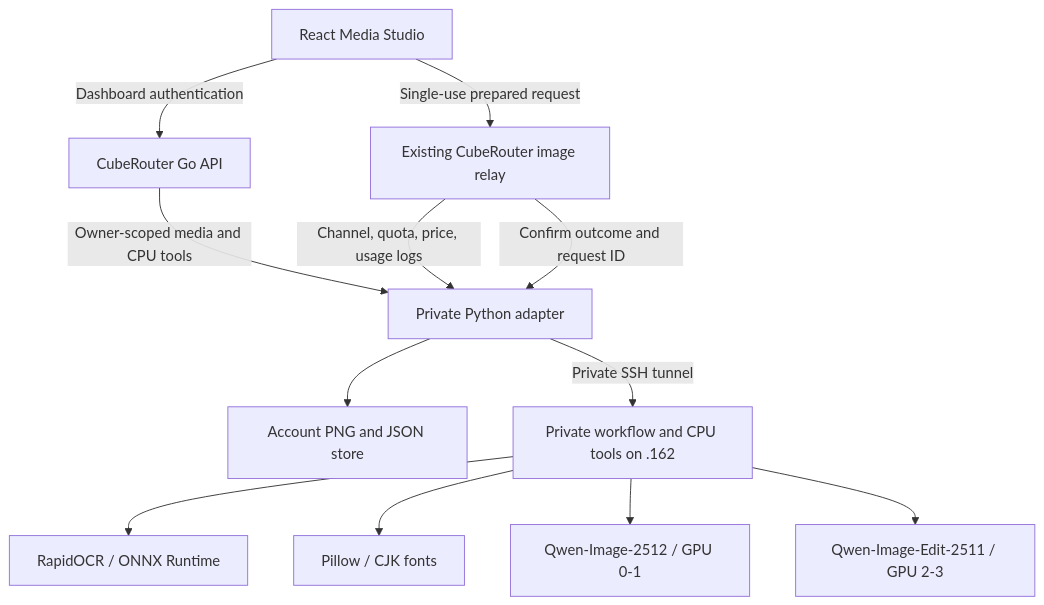
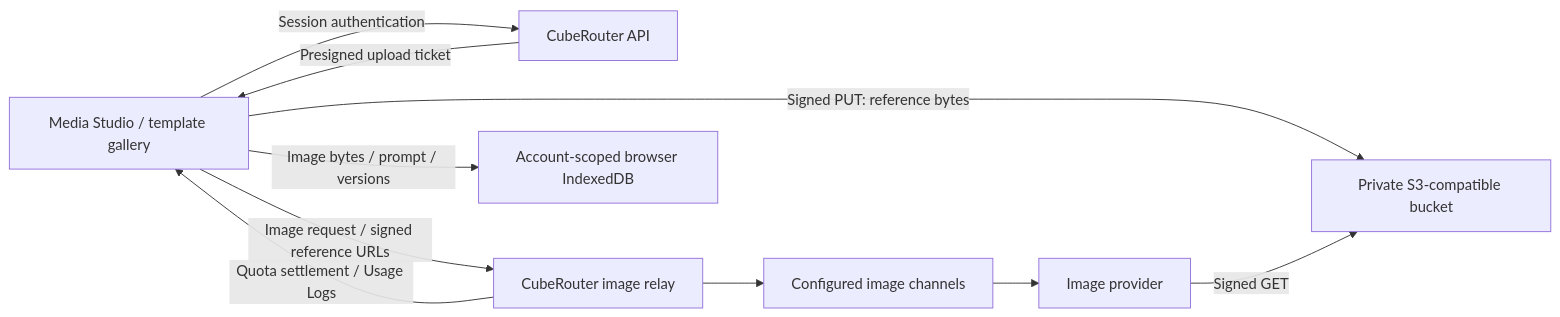
One commit to suanova/cuberouter changed the diagram in docs/media-studio-integration.md. Above: the diagram before and after it, drawn with Mermaid. The commit also changed other lines of this file and 61 other files, not shown here.

Commit message:
refactor(media-studio): use channels, browser history and signed uploads

````diff
--- a/docs/media-studio-integration.md
+++ b/docs/media-studio-integration.md
@@ -19,14 +7,12 @@
 ```mermaid
-flowchart TD
-    UI[React Media Studio] -->|Dashboard authentication| API[CubeRouter Go API]
-    API -->|Owner-scoped media and CPU tools| Adapter[Private Python adapter]
-    UI -->|Single-use prepared request| Relay[Existing CubeRouter image relay]
-    Relay -->|Channel, quota, price, usage logs| Adapter
-    Relay -->|Confirm outcome and request ID| Adapter
-    Adapter --> Store[Account PNG and JSON store]
-    Adapter -->|Private SSH tunnel| Worker[Private workflow and CPU tools on .162]
-    Worker --> OCR[RapidOCR / ONNX Runtime]
-    Worker --> Text[Pillow / CJK fonts]
-    Worker --> T2I[Qwen-Image-2512 / GPU 0-1]
-    Worker --> Edit[Qwen-Image-Edit-2511 / GPU 2-3]
+flowchart LR
+    Browser[Media Studio / template gallery] -->|Session authentication| API[CubeRouter API]
+    API -->|Presigned upload ticket| Browser
+    Browser -->|Signed PUT: reference bytes| Storage[Private S3-compatible bucket]
+    Browser -->|Image request / signed reference URLs| Relay[CubeRouter image relay]
+    Relay --> Channels[Configured image channels]
+    Channels --> Provider[Image provider]
+    Provider -->|Signed GET| Storage
+    Relay -->|Quota settlement / Usage Logs| Browser
+    Browser -->|Image bytes / prompt / versions| Local[Account-scoped browser IndexedDB]
 ```
````
